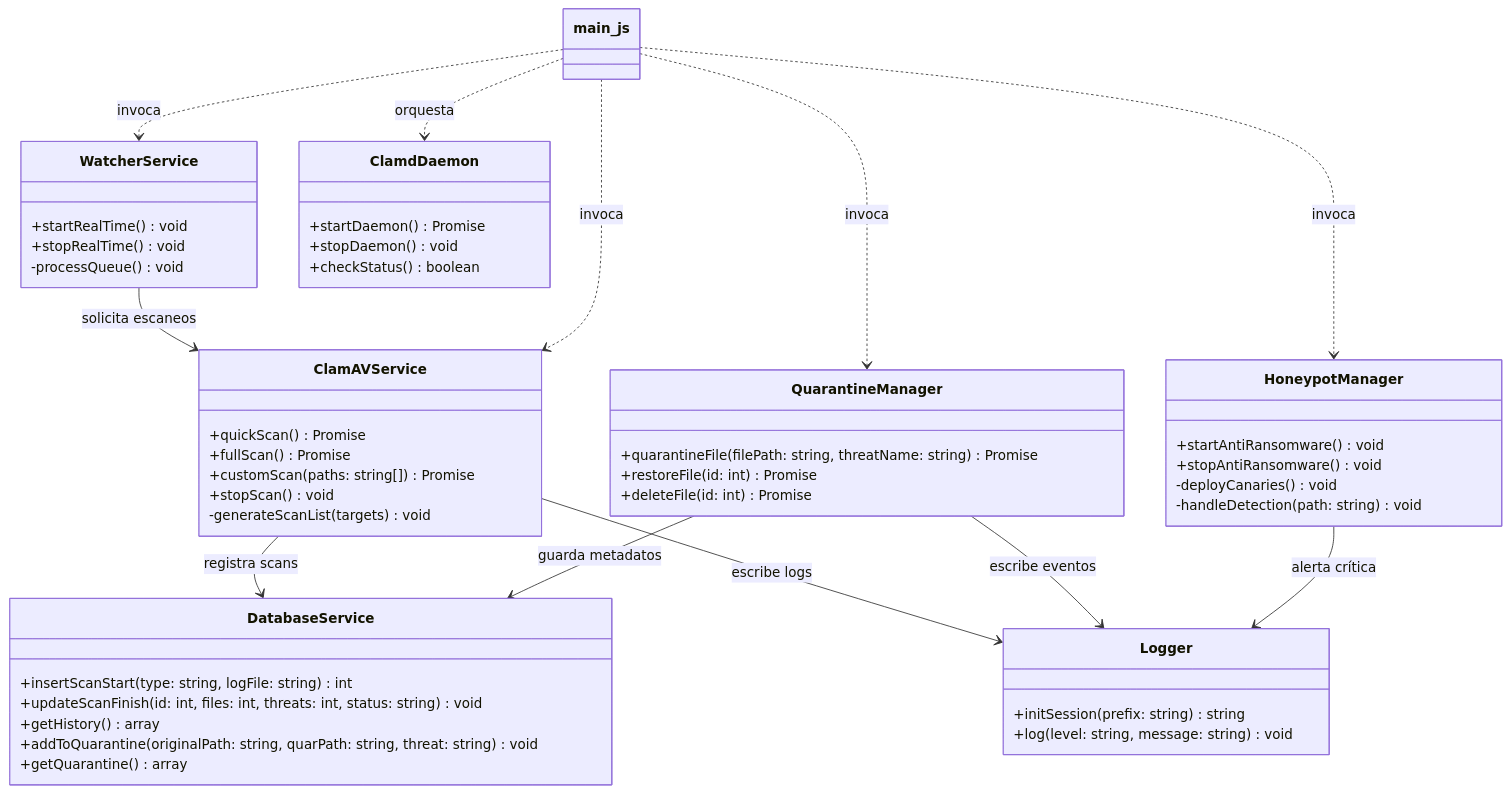
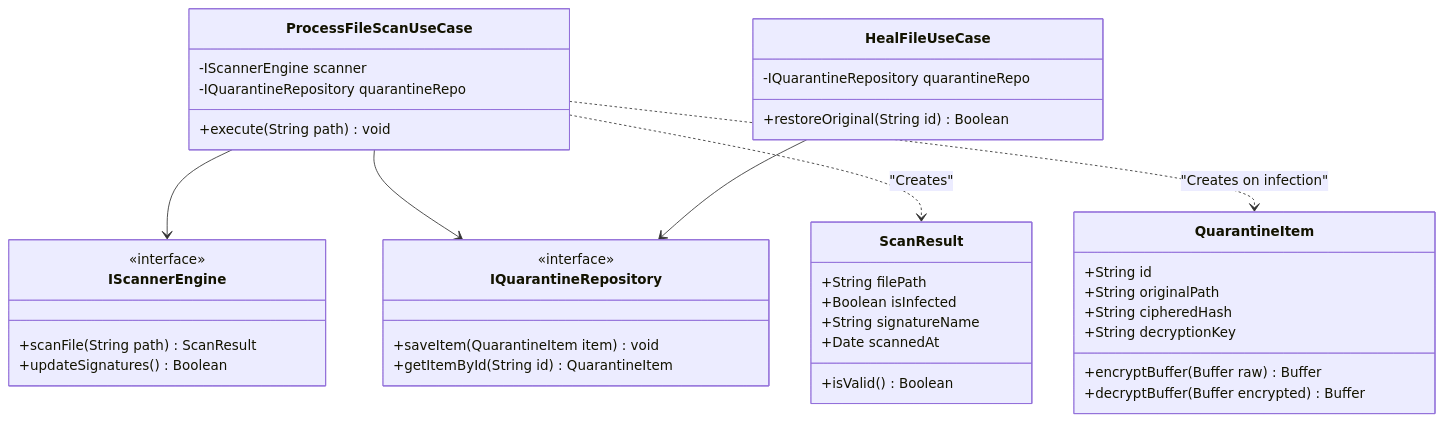
One commit to UPT-FAING-EPIS/proyecto-si784-2026-i-u3-antivirus_u3_cds changed the fourth of 6 diagrams in FD04-Informe-Arquitectura.md. Above: the diagram before and after it, drawn with Mermaid. The commit also changed other lines of this file and 9 other files, not shown here.

````diff
--- a/FD04-Informe-Arquitectura.md
+++ b/FD04-Informe-Arquitectura.md
@@ -199,61 +175,53 @@
 ```mermaid
 classDiagram
-    class ClamAVService {
-        +quickScan() Promise
-        +fullScan() Promise
-        +customScan(paths: string[]) Promise
-        +stopScan() void
-        -generateScanList(targets) void
+    %% Entities
+    class ScanResult {
+        +String filePath
+        +Boolean isInfected
+        +String signatureName
+        +Date scannedAt
+        +isValid() Boolean
     }
 
-    class DatabaseService {
-        +insertScanStart(type: string, logFile: string) int
-        +updateScanFinish(id: int, files: int, threats: int, status: string) void
-        +getHistory() array
-        +addToQuarantine(originalPath: string, quarPath: string, threat: string) void
-        +getQuarantine() array
+    class QuarantineItem {
+        +String id
+        +String originalPath
+        +String cipheredHash
+        +String decryptionKey
+        +encryptBuffer(Buffer raw) Buffer
+        +decryptBuffer(Buffer encrypted) Buffer
     }
 
-    class QuarantineManager {
-        +quarantineFile(filePath: string, threatName: string) Promise
-        +restoreFile(id: int) Promise
-        +deleteFile(id: int) Promise
+    %% Interfaces (Gateways / Repositories)
+    class IScannerEngine {
+        <<interface>>
+        +scanFile(String path) ScanResult
+        +updateSignatures() Boolean
     }
 
-    class HoneypotManager {
-        +startAntiRansomware() void
-        +stopAntiRansomware() void
-        -deployCanaries() void
-        -handleDetection(path: string) void
+    class IQuarantineRepository {
+        <<interface>>
+        +saveItem(QuarantineItem item) void
+        +getItemById(String id) QuarantineItem
     }
 
-    class WatcherService {
-        +startRealTime() void
-        +stopRealTime() void
-        -processQueue() void
+    %% Use Cases (Interactors)
+    class ProcessFileScanUseCase {
+        -IScannerEngine scanner
+        -IQuarantineRepository quarantineRepo
+        +execute(String path) void
     }
 
-    class Logger {
-        +initSession(prefix: string) string
-        +log(level: string, message: string) void
+    class HealFileUseCase {
+        -IQuarantineRepository quarantineRepo
+        +restoreOriginal(String id) Boolean
     }
 
-    class ClamdDaemon {
-        +startDaemon() Promise
-        +stopDaemon() void
-        +checkStatus() boolean
-    }
-
-    %% Relaciones
-    ClamAVService --> DatabaseService : registra scans
-    ClamAVService --> Logger : escribe logs
-    WatcherService --> ClamAVService : solicita escaneos
-    QuarantineManager --> DatabaseService : guarda metadatos
-    QuarantineManager --> Logger : escribe eventos
-    HoneypotManager --> Logger : alerta crítica
-    main_js ..> ClamAVService : invoca
-    main_js ..> QuarantineManager : invoca
-    main_js ..> WatcherService : invoca
-    main_js ..> HoneypotManager : invoca
-    main_js ..> ClamdDaemon : orquesta
+    %% Dependencies and Implementations
+    ProcessFileScanUseCase --> IScannerEngine
+    ProcessFileScanUseCase --> IQuarantineRepository
+    ProcessFileScanUseCase ..> ScanResult : "Creates"
+    ProcessFileScanUseCase ..> QuarantineItem : "Creates on infection"
+    
+    HealFileUseCase --> IQuarantineRepository
 ```
````
